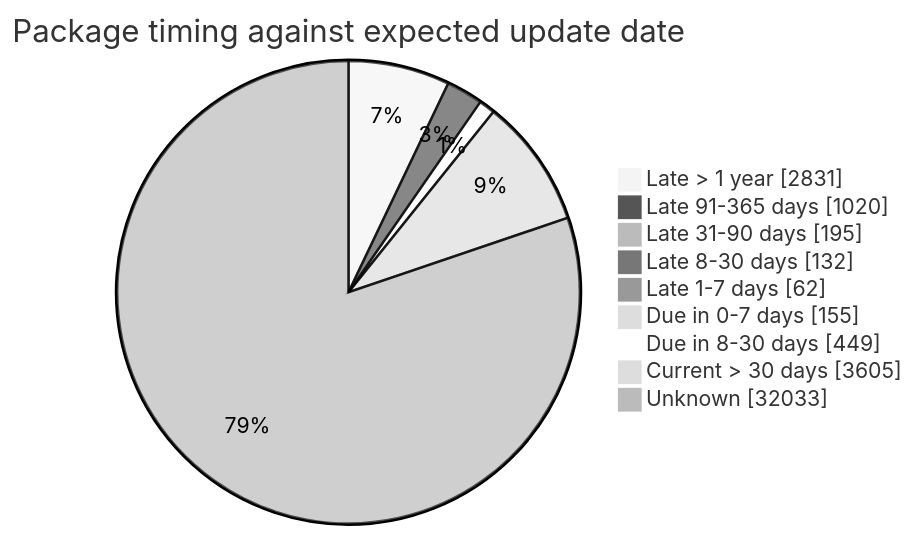
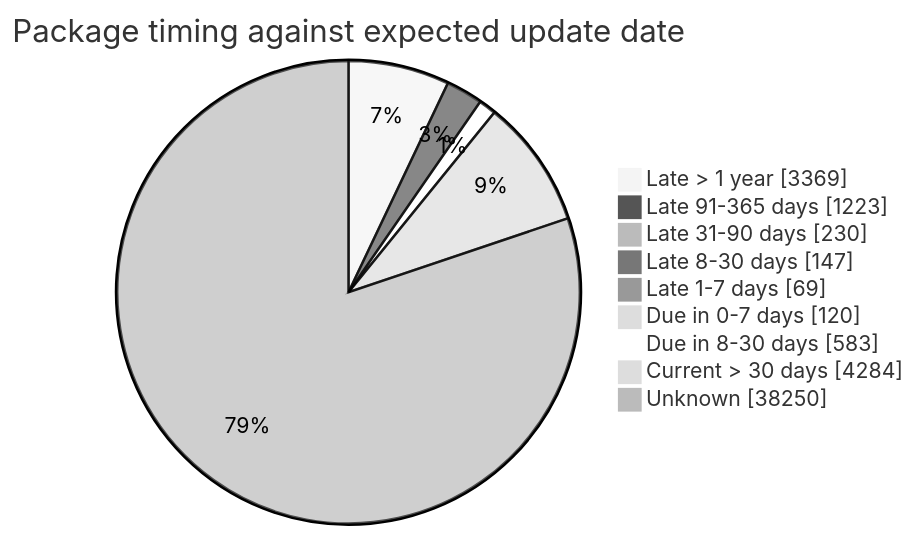
One commit to open-data/analytics-corporate-reporting changed the fourth of 5 diagrams in FreshCheck/README.md. Above: the diagram before and after it, drawn with Mermaid (neutral theme). The commit also changed other lines of this file and 3 other files, not shown here.

````diff
--- a/FreshCheck/README.md
+++ b/FreshCheck/README.md
@@ -86,12 +86,12 @@
 ```mermaid
 pie showData title Package timing against expected update date
-    "Late > 1 year": 2831
-    "Late 91-365 days": 1020
-    "Late 31-90 days": 195
-    "Late 8-30 days": 132
-    "Late 1-7 days": 62
-    "Due in 0-7 days": 155
-    "Due in 8-30 days": 449
-    "Current > 30 days": 3605
-    "Unknown": 32033
+    "Late > 1 year": 3369
+    "Late 91-365 days": 1223
+    "Late 31-90 days": 230
+    "Late 8-30 days": 147
+    "Late 1-7 days": 69
+    "Due in 0-7 days": 120
+    "Due in 8-30 days": 583
+    "Current > 30 days": 4284
+    "Unknown": 38250
 ```
````
